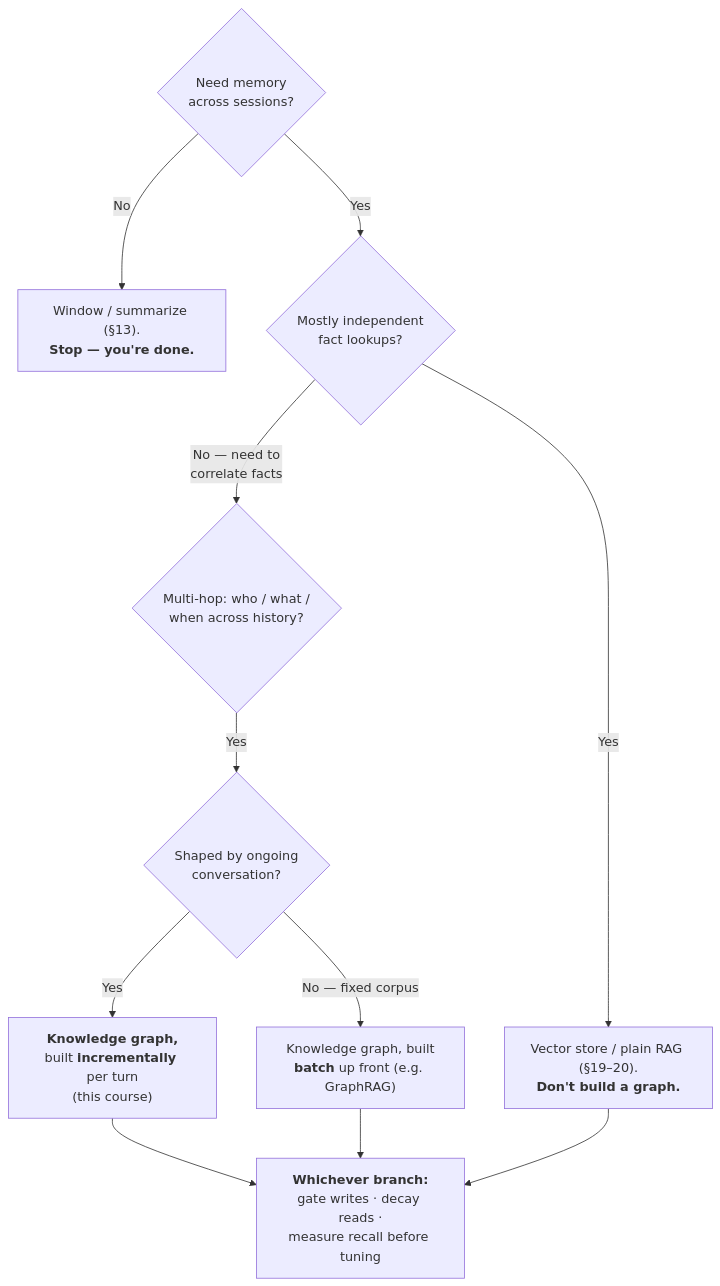
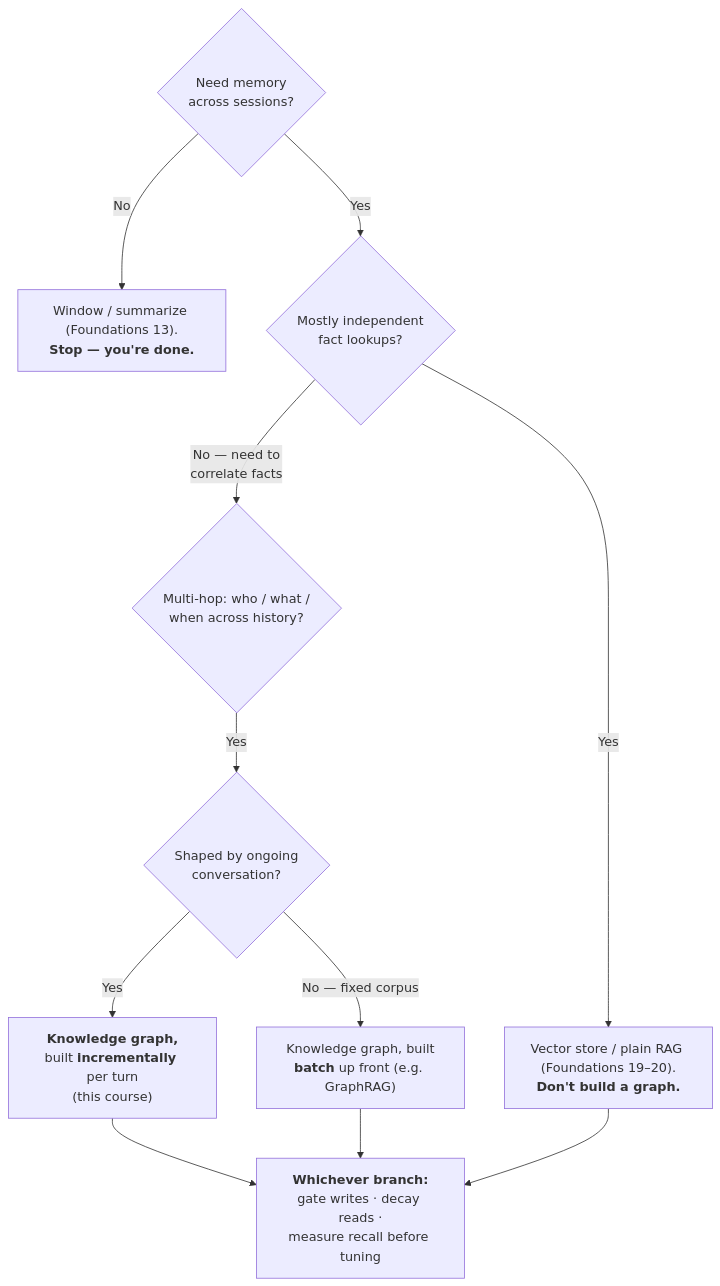
The second of 2 diagrams in agent-memory/lessons/11-the-opinionated-default.md (alextra-lab/llm-course), drawn with Mermaid before and after one commit. The commit also changed other lines of this file and 66 other files, not shown here.

````diff
--- a/agent-memory/lessons/11-the-opinionated-default.md
+++ b/agent-memory/lessons/11-the-opinionated-default.md
@@ -115,13 +115,13 @@
 ```mermaid
 flowchart TD
-    A{"Need memory<br/>across sessions?"} -->|No| B["Window / summarize (§13).<br/><b>Stop — you're done.</b>"]
+    A{"Need memory<br/>across sessions?"} -->|No| B["Window / summarize (Foundations 13).<br/><b>Stop — you're done.</b>"]
     A -->|Yes| C{"Mostly independent<br/>fact lookups?"}
-    C -->|Yes| E["Vector store / plain RAG (§19–20).<br/><b>Don't build a graph.</b>"]
+    C -->|Yes| E["Vector store / plain RAG (Foundations 19–20).<br/><b>Don't build a graph.</b>"]
     C -->|"No — need to<br/>correlate facts"| F{"Multi-hop: who / what /<br/>when across history?"}
     F -->|Yes| H{"Shaped by ongoing<br/>conversation?"}
     H -->|"Yes"| I["<b>Knowledge graph,</b><br/>built <b>incrementally</b> per turn<br/>(this course)"]
     H -->|"No — fixed corpus"| J["Knowledge graph, built<br/><b>batch</b> up front (e.g. GraphRAG)"]
     I --> K["<b>Whichever branch:</b><br/>gate writes · decay reads ·<br/>measure recall before tuning"]
     J --> K
     E --> K
 ```
````
